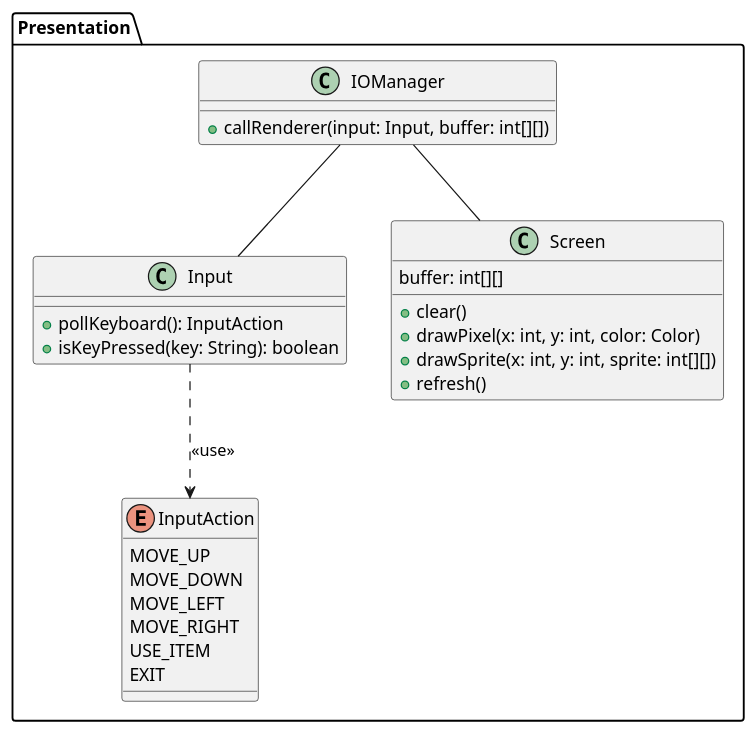
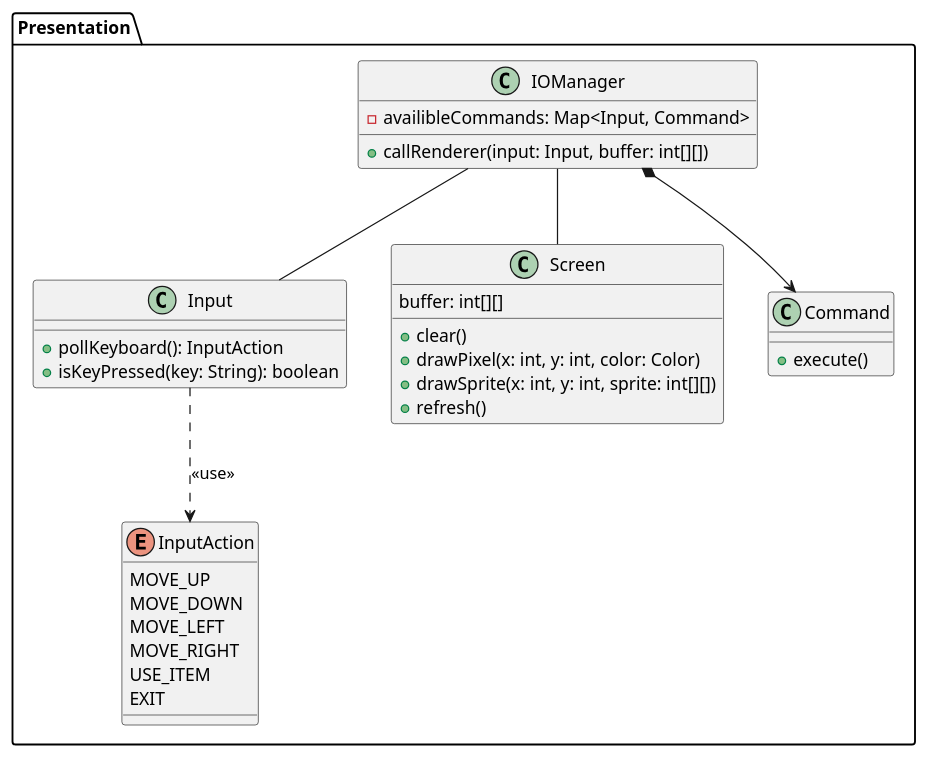
Before and after one commit to VyacheslavIurevich/diagrams: the diagram in src/presentation.puml, drawn with PlantUML. The commit also changed 4 other files, not shown here.

```diff
--- a/src/presentation.puml
+++ b/src/presentation.puml
@@ -1,32 +1,38 @@
 @startuml
 namespace Presentation {
     class IOManager {
+        - availibleCommands: Map<Input, Command>
         + callRenderer(input: Input, buffer: int[][])
     }
     class Input {
         + pollKeyboard(): InputAction
         + isKeyPressed(key: String): boolean
     }
 
     class Screen {
         buffer: int[][]
         + clear()
         + drawPixel(x: int, y: int, color: Color)
         + drawSprite(x: int, y: int, sprite: int[][])
         + refresh()
     }
 
+    class Command {
+        + execute()
+    }
+
     enum InputAction {
         MOVE_UP
         MOVE_DOWN
         MOVE_LEFT
         MOVE_RIGHT
         USE_ITEM
         EXIT
     }
 
     Input ..> InputAction : <<use>>
     IOManager -- Input
     IOManager -- Screen
+    IOManager *--> Command
 }
 @enduml
```
